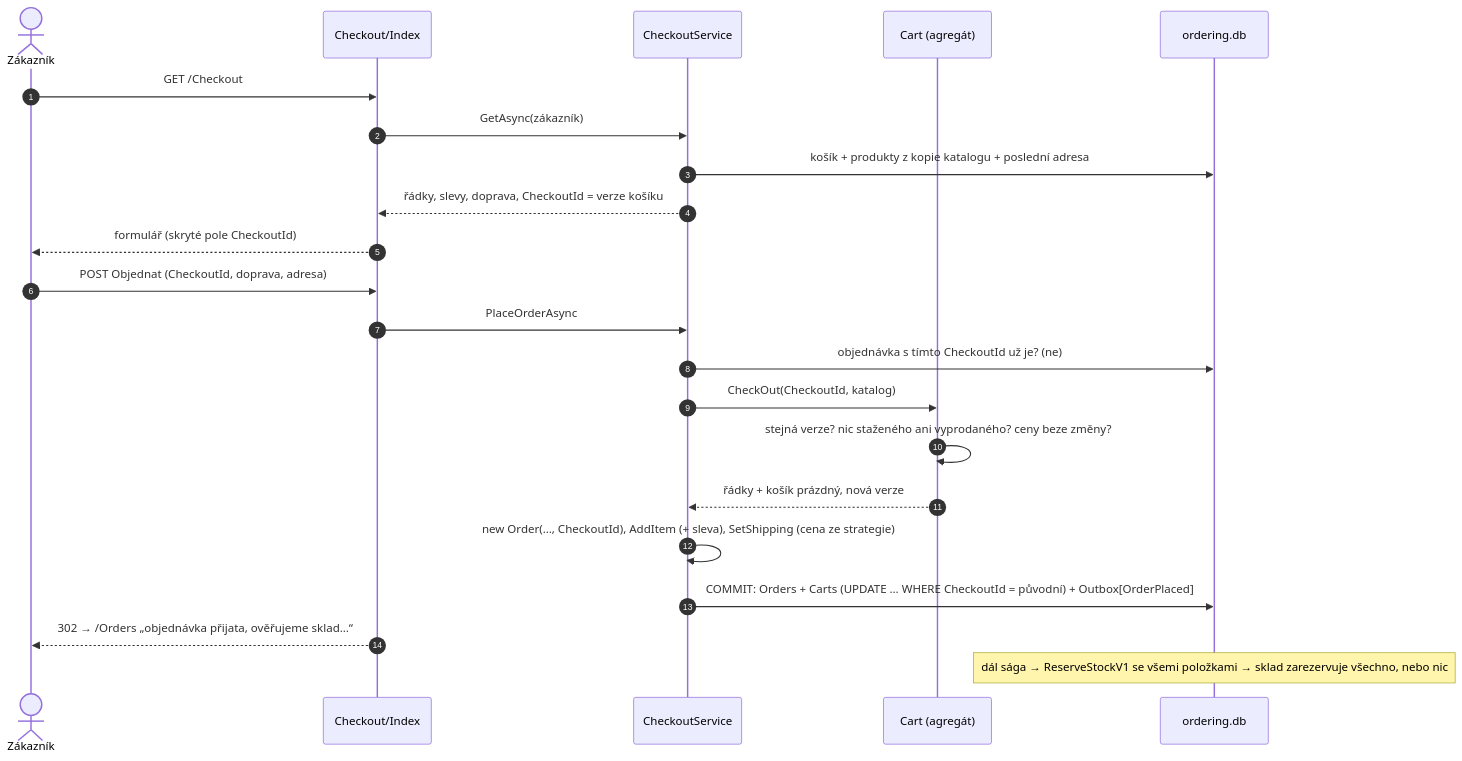
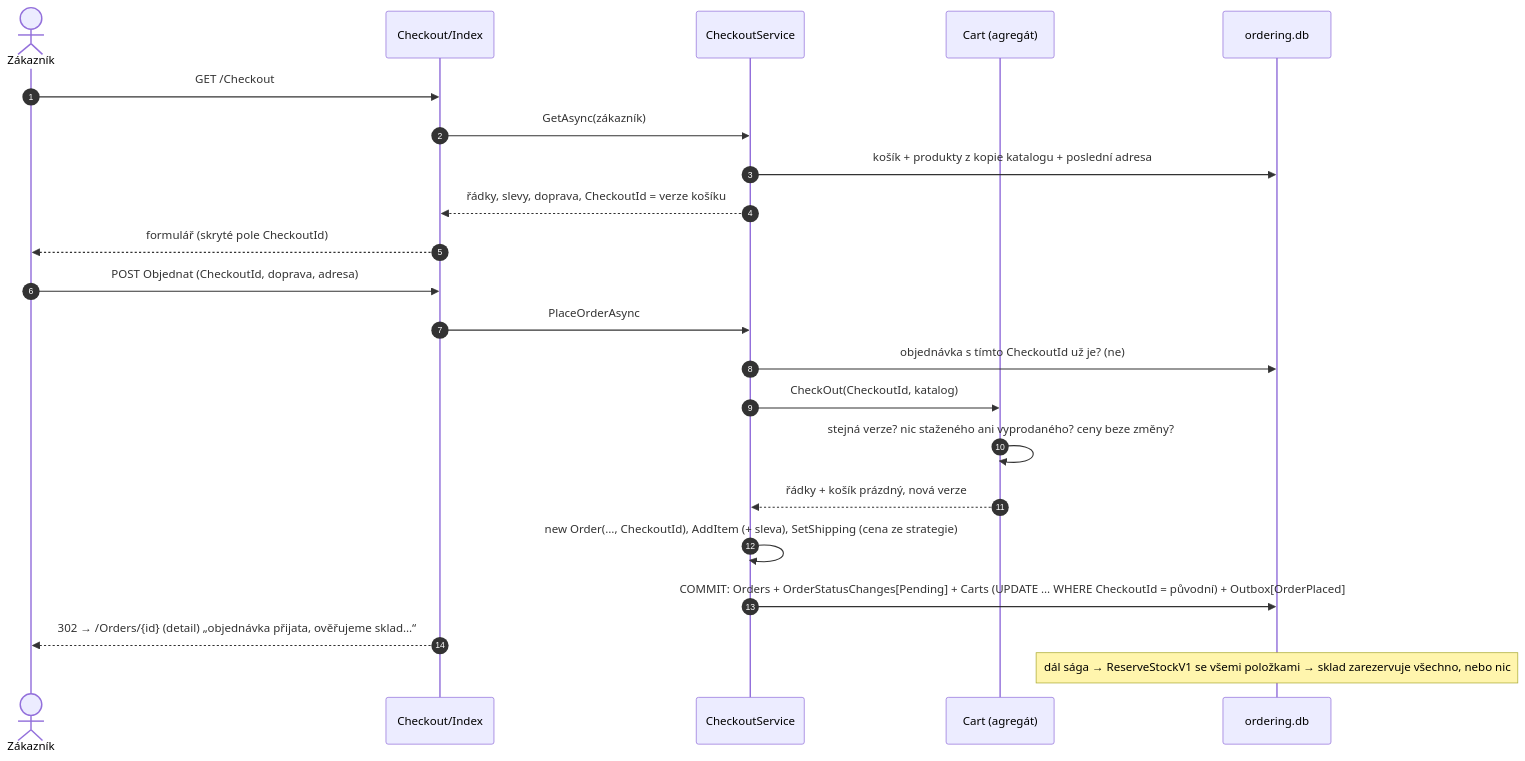
The first of 2 diagrams in docs/prirucka/toky/pokladna.md (ftichy/MiniShop), drawn with Mermaid before and after one commit. The commit also changed 26 other files, not shown here.

````diff
--- a/docs/prirucka/toky/pokladna.md
+++ b/docs/prirucka/toky/pokladna.md
@@ -15,26 +15,26 @@
 ```mermaid
 sequenceDiagram
     autonumber
     actor Z as Zákazník
     participant P as Checkout/Index
     participant CS as CheckoutService
     participant C as Cart (agregát)
     participant ODB as ordering.db
 
     Z->>P: GET /Checkout
     P->>CS: GetAsync(zákazník)
     CS->>ODB: košík + produkty z kopie katalogu + poslední adresa
     CS-->>P: řádky, slevy, doprava, CheckoutId = verze košíku
     P-->>Z: formulář (skryté pole CheckoutId)
 
     Z->>P: POST Objednat (CheckoutId, doprava, adresa)
     P->>CS: PlaceOrderAsync
     CS->>ODB: objednávka s tímto CheckoutId už je? (ne)
     CS->>C: CheckOut(CheckoutId, katalog)
     C->>C: stejná verze? nic staženého ani vyprodaného? ceny beze změny?
     C-->>CS: řádky + košík prázdný, nová verze
     CS->>CS: new Order(…, CheckoutId), AddItem (+ sleva), SetShipping (cena ze strategie)
-    CS->>ODB: COMMIT: Orders + Carts (UPDATE … WHERE CheckoutId = původní) + Outbox[OrderPlaced]
-    P-->>Z: 302 → /Orders „objednávka přijata, ověřujeme sklad…“
+    CS->>ODB: COMMIT: Orders + OrderStatusChanges[Pending] + Carts (UPDATE … WHERE CheckoutId = původní) + Outbox[OrderPlaced]
+    P-->>Z: 302 → /Orders/{id} (detail) „objednávka přijata, ověřujeme sklad…“
     Note over ODB: dál sága → ReserveStockV1 se všemi položkami → sklad zarezervuje všechno, nebo nic
 ```
````
